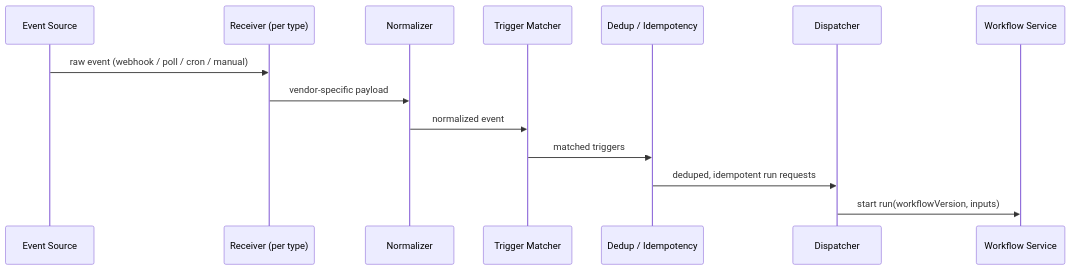
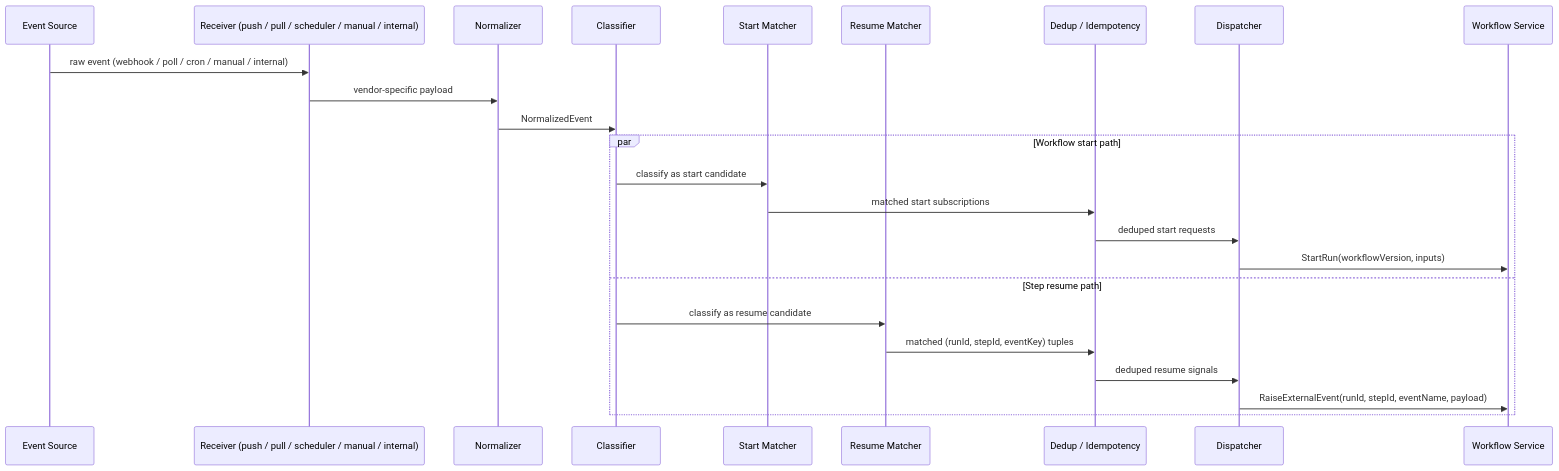
The seventh of 10 diagrams in design/architecture/overview.md (toddysm/custos), drawn with Mermaid before and after one commit. The commit also changed other lines of this file and 1 other file, not shown here.

Commit message:
design(architecture): refresh trigger pipeline for REQ-080/REQ-081
Resolves INCON-005 (#30): replace the trigger pipeline sequence diagram
and supporting text in overview.md with a version showing the
Classifier, split Start/Resume Matcher paths, Internal Event Receiver,
and the dual StartRun + RaiseExternalEvent dispatch contract. Also
update the stale describe()-based mode-declaration sentence to point at
events.delivery per Connector Service changes 003/004.

````diff
--- a/design/architecture/overview.md
+++ b/design/architecture/overview.md
@@ -457,17 +457,27 @@
 ```mermaid
 sequenceDiagram
     participant Src as Event Source
-    participant Recv as Receiver (per type)
+    participant Recv as Receiver (push / pull / scheduler / manual / internal)
     participant Norm as Normalizer
-    participant Match as Trigger Matcher
+    participant Cls as Classifier
+    participant MS as Start Matcher
+    participant MR as Resume Matcher
     participant Dedup as Dedup / Idempotency
     participant Disp as Dispatcher
     participant WF as Workflow Service
 
-    Src->>Recv: raw event (webhook / poll / cron / manual)
+    Src->>Recv: raw event (webhook / poll / cron / manual / internal)
     Recv->>Norm: vendor-specific payload
-    Norm->>Match: normalized event
-    Match->>Dedup: matched triggers
-    Dedup->>Disp: deduped, idempotent run requests
-    Disp->>WF: start run(workflowVersion, inputs)
+    Norm->>Cls: NormalizedEvent
+    par Workflow start path
+        Cls->>MS: classify as start candidate
+        MS->>Dedup: matched start subscriptions
+        Dedup->>Disp: deduped start requests
+        Disp->>WF: StartRun(workflowVersion, inputs)
+    and Step resume path
+        Cls->>MR: classify as resume candidate
+        MR->>Dedup: matched (runId, stepId, eventKey) tuples
+        Dedup->>Disp: deduped resume signals
+        Disp->>WF: RaiseExternalEvent(runId, stepId, eventName, payload)
+    end
 ```
````
